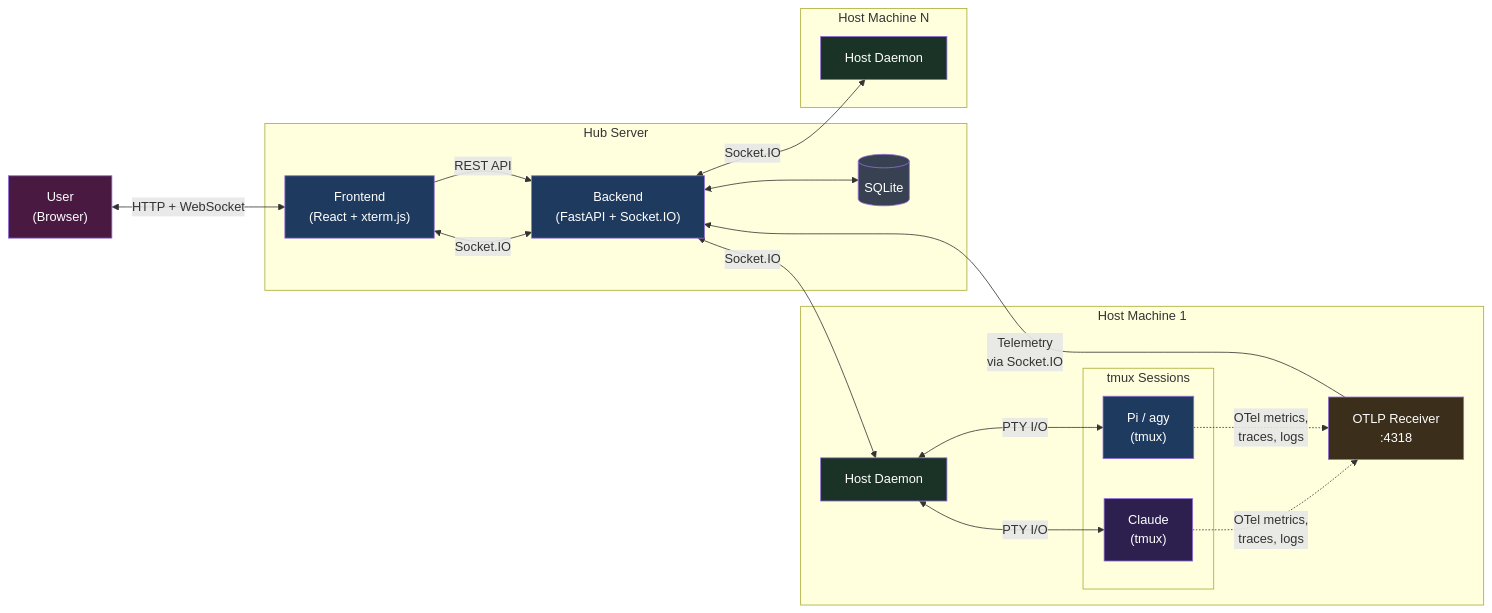
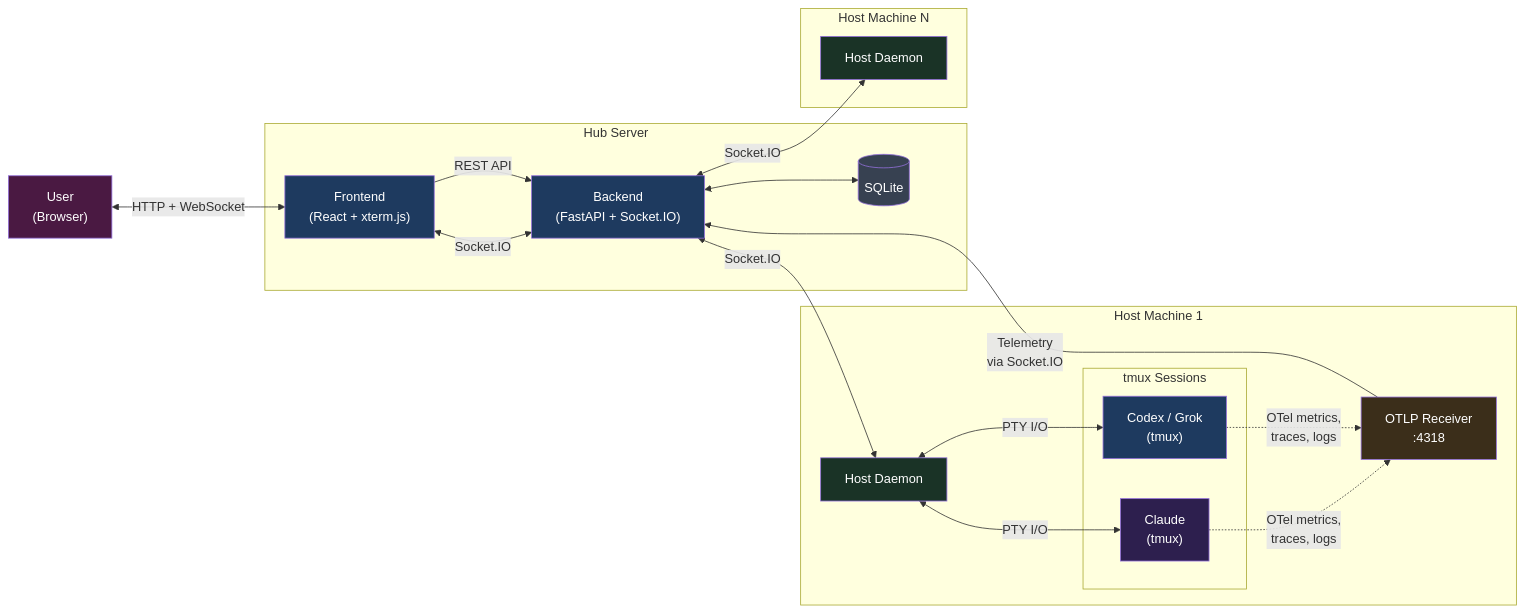
Before and after one commit to jorgeferrarice/agent-dashboard-plus: the first of 3 diagrams in README.md, drawn with Mermaid. The commit also changed other lines of this file and 56 other files, not shown here.

````diff
--- a/README.md
+++ b/README.md
@@ -311,45 +458,45 @@
 ```mermaid
 graph LR
     User["User<br/>(Browser)"]
 
     subgraph Hub Server
         FE["Frontend<br/>(React + xterm.js)"]
         BE["Backend<br/>(FastAPI + Socket.IO)"]
         DB[(SQLite)]
     end
 
     subgraph Host Machine 1
         HD1["Host Daemon"]
         OTLP1["OTLP Receiver<br/>:4318"]
         subgraph tmux Sessions
             A1["Claude<br/>(tmux)"]
-            A2["Pi / agy<br/>(tmux)"]
+            A2["Codex / Grok<br/>(tmux)"]
         end
     end
 
     subgraph Host Machine N
         HDN["Host Daemon"]
     end
 
     User <-->|"HTTP + WebSocket"| FE
     FE <-->|"Socket.IO"| BE
     FE -->|"REST API"| BE
     BE <--> DB
     BE <-->|"Socket.IO"| HD1
     BE <-->|"Socket.IO"| HDN
     HD1 <-->|"PTY I/O"| A1
     HD1 <-->|"PTY I/O"| A2
     A1 -.->|"OTel metrics,<br/>traces, logs"| OTLP1
     A2 -.->|"OTel metrics,<br/>traces, logs"| OTLP1
     OTLP1 -->|"Telemetry<br/>via Socket.IO"| BE
 
     style User fill:#4a1942,color:#fff
     style FE fill:#1e3a5f,color:#fff
     style BE fill:#1e3a5f,color:#fff
     style DB fill:#374151,color:#fff
     style HD1 fill:#1a3326,color:#fff
     style HDN fill:#1a3326,color:#fff
     style OTLP1 fill:#3b2e1a,color:#fff
     style A1 fill:#2d1f4e,color:#fff
     style A2 fill:#1e3a5f,color:#fff
 ```
````
